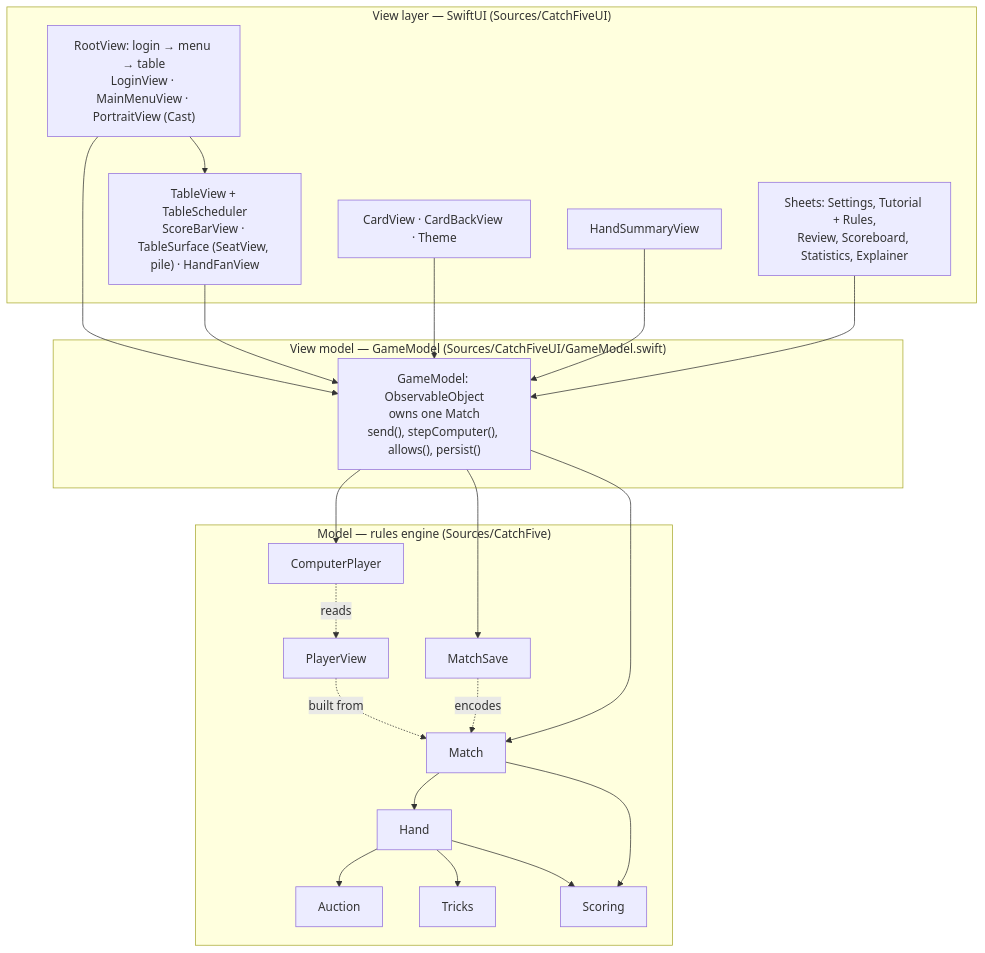
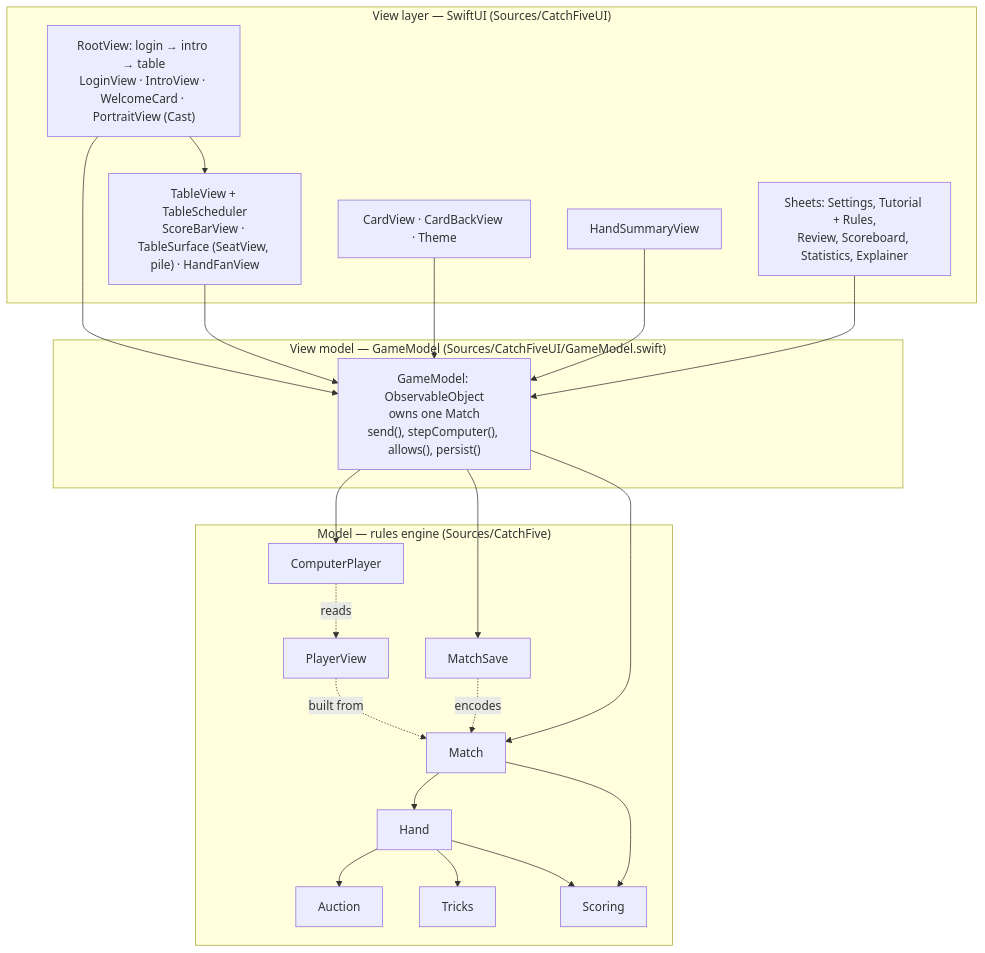
The first of 4 diagrams in docs/architecture.md (cmurphy1140/catch-5), drawn with Mermaid before and after one commit. The commit also changed other lines of this file and 11 other files, not shown here.

First line of the commit message:
No menu page: one-page intro for new players, welcome card for returning ones

````diff
--- a/docs/architecture.md
+++ b/docs/architecture.md
@@ -5,32 +5,32 @@
 ```mermaid
 flowchart TB
     subgraph View["View layer — SwiftUI (Sources/CatchFiveUI)"]
-        RV["RootView: login → menu → table<br/>LoginView · MainMenuView · PortraitView (Cast)"]
+        RV["RootView: login → intro → table<br/>LoginView · IntroView · WelcomeCard · PortraitView (Cast)"]
         TV["TableView + TableScheduler<br/>ScoreBarView · TableSurface (SeatView, pile) · HandFanView"]
         CV["CardView · CardBackView · Theme"]
         HS[HandSummaryView]
         SH["Sheets: Settings, Tutorial + Rules,<br/>Review, Scoreboard, Statistics, Explainer"]
     end
     subgraph VM["View model — GameModel (Sources/CatchFiveUI/GameModel.swift)"]
         GM["GameModel: ObservableObject<br/>owns one Match<br/>send(), stepComputer(), allows(), persist()"]
     end
     subgraph Model["Model — rules engine (Sources/CatchFive)"]
         M[Match] --> H[Hand]
         H --> AU[Auction]
         H --> TR[Tricks]
         H --> SC[Scoring]
         M --> SC
         CP[ComputerPlayer] -. reads .-> PV[PlayerView]
         PV -. built from .-> M
         MS[MatchSave] -. encodes .-> M
     end
     RV --> TV
     RV --> GM
     TV --> GM
     CV --> GM
     HS --> GM
     SH --> GM
     GM --> M
     GM --> CP
     GM --> MS
 ```
````
